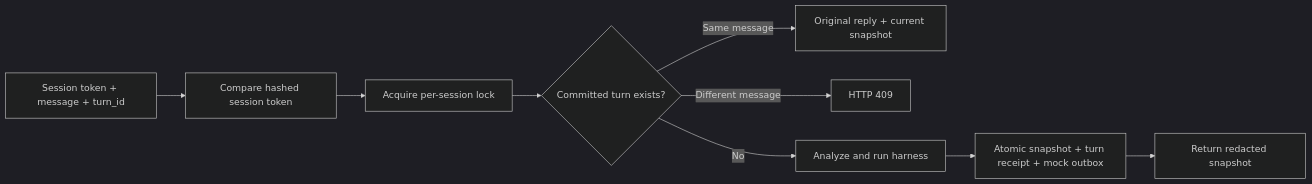
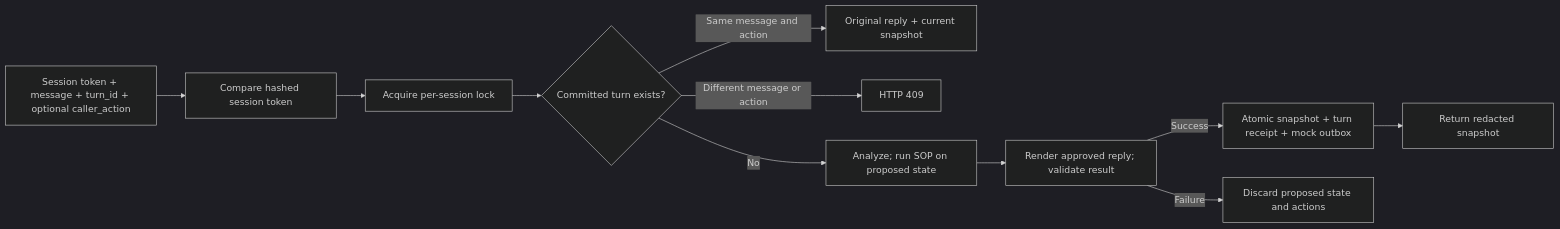
The ninth of 10 diagrams in docs/architecture.md (XinhaoTheo/insurance-claims-sop-agent), drawn with Mermaid (dark theme) before and after one commit. The commit also changed other lines of this file and 1 other file, not shown here.

````diff
--- a/docs/architecture.md
+++ b/docs/architecture.md
@@ -138,11 +183,13 @@
 ```mermaid
 flowchart LR
-    Request["Session token + message + turn_id"] --> Auth["Compare hashed session token"]
+    Request["Session token + message + turn_id + optional caller_action"] --> Auth["Compare hashed session token"]
     Auth --> Lock["Acquire per-session lock"]
     Lock --> Existing{"Committed turn exists?"}
-    Existing -->|Same message| Replay["Original reply + current snapshot"]
-    Existing -->|Different message| Conflict["HTTP 409"]
-    Existing -->|No| Execute["Analyze and run harness"]
-    Execute --> Transaction["Atomic snapshot + turn receipt + mock outbox"]
+    Existing -->|Same message and action| Replay["Original reply + current snapshot"]
+    Existing -->|Different message or action| Conflict["HTTP 409"]
+    Existing -->|No| Execute["Analyze; run SOP on proposed state"]
+    Execute --> Render["Render approved reply; validate result"]
+    Render -->|Success| Transaction["Atomic snapshot + turn receipt + mock outbox"]
+    Render -->|Failure| Rollback["Discard proposed state and actions"]
     Transaction --> Response["Return redacted snapshot"]
 ```
````
